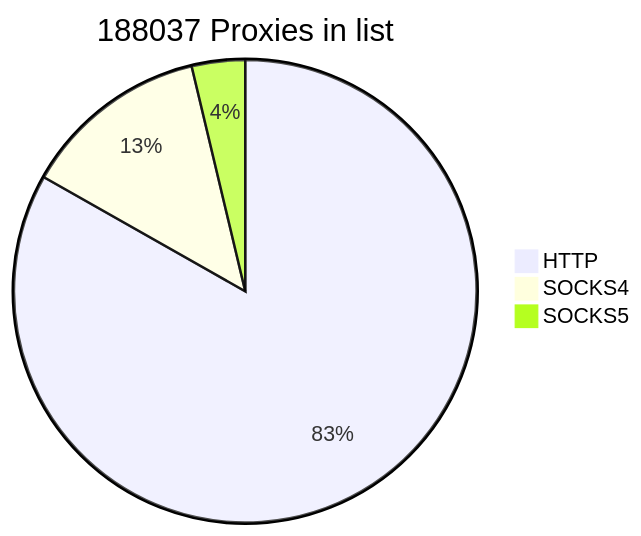
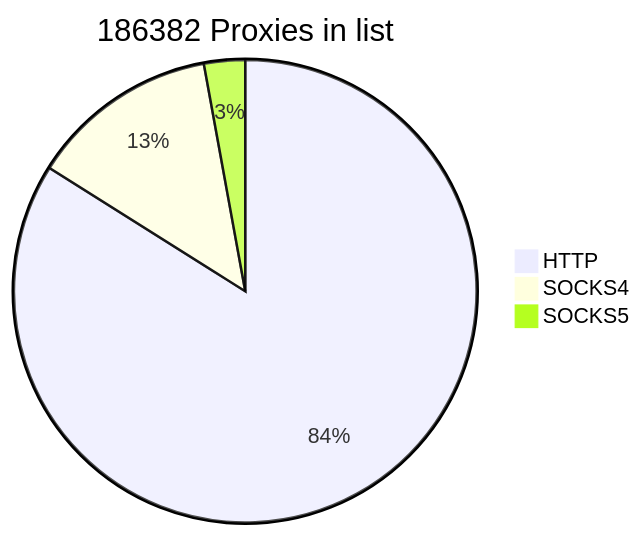
One commit to cutipu/proxylist changed the first of 2 diagrams in README.md. Above: the diagram before and after it, drawn with Mermaid. The commit also changed other lines of this file, not shown here.

````diff
--- a/README.md
+++ b/README.md
@@ -2,7 +2,7 @@
 ```mermaid
-pie title 188037 Proxies in list
+pie title 186382 Proxies in list
     "HTTP" : 156455
     "SOCKS4" : 24580
-    "SOCKS5" : 7002
+    "SOCKS5" : 5347
             
 ```
````
